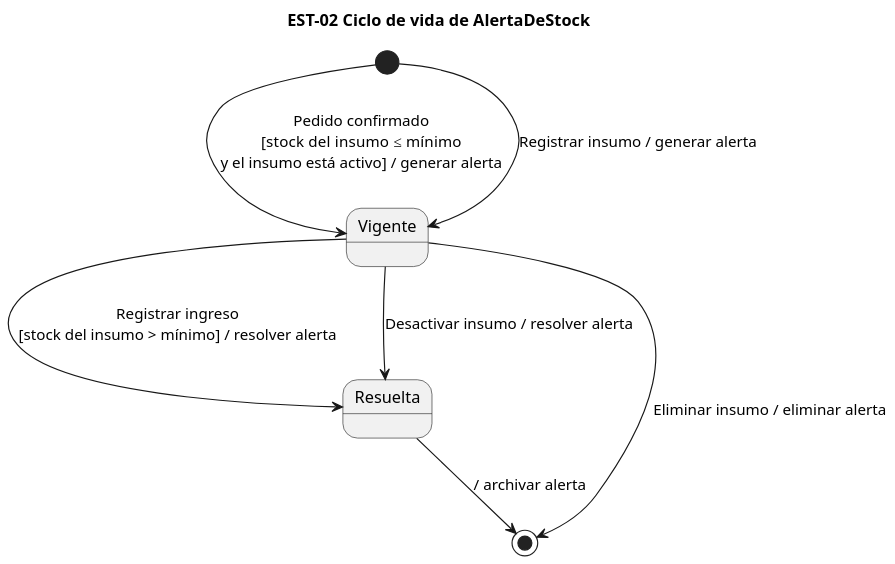
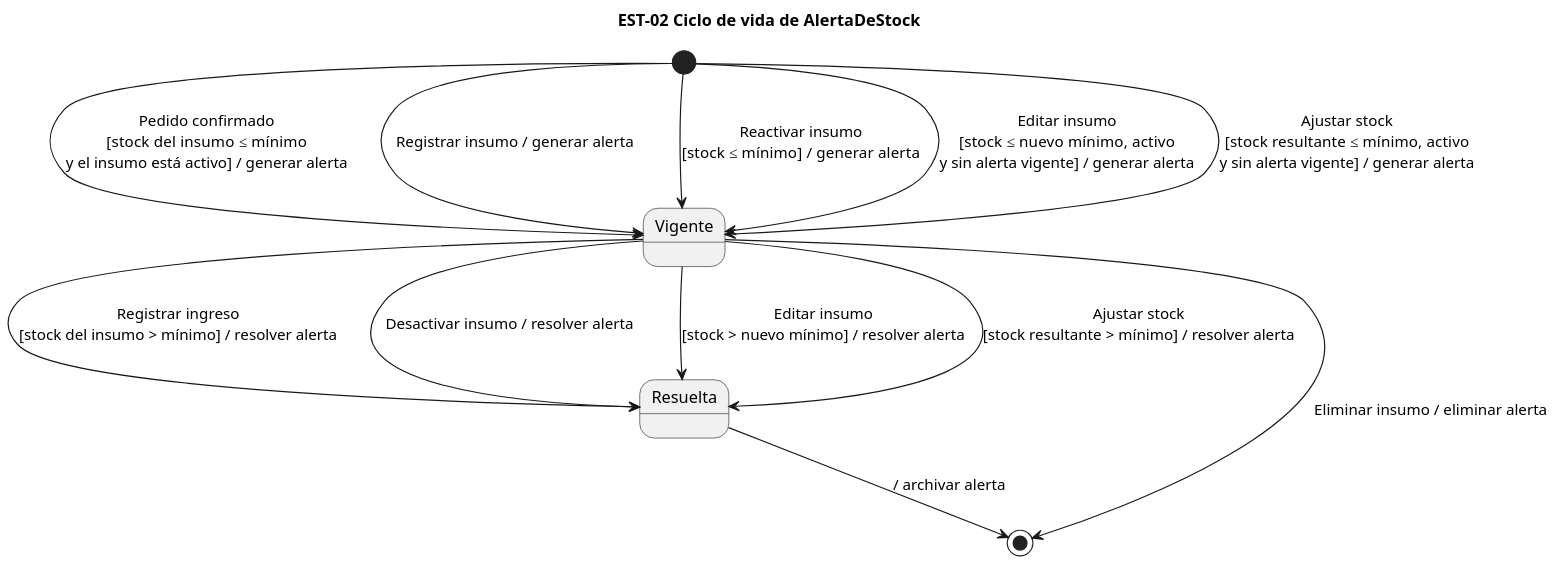
One commit to lambtto/Gestor-Inventario-Brookie changed the diagram in diagramas/est-02.puml. Above: the diagram before and after it, drawn with PlantUML. The commit also changed 21 other files, not shown here.

First line of the commit message:
Validación HU-06: editar/reactivar insumos, nombre y costo CLP, ventana emergente; nueva HU-07 Ajustar stock

```diff
--- a/diagramas/est-02.puml
+++ b/diagramas/est-02.puml
@@ -1,13 +1,18 @@
 @startuml est-02
 title EST-02 Ciclo de vida de AlertaDeStock
 skinparam dpi 140
 state "Vigente" as Vig
 state "Resuelta" as Res
 
 [*] --> Vig : Pedido confirmado\n[stock del insumo ≤ mínimo\ny el insumo está activo] / generar alerta
 [*] --> Vig : Registrar insumo / generar alerta
+[*] --> Vig : Reactivar insumo\n[stock ≤ mínimo] / generar alerta
+[*] --> Vig : Editar insumo\n[stock ≤ nuevo mínimo, activo\ny sin alerta vigente] / generar alerta
+[*] --> Vig : Ajustar stock\n[stock resultante ≤ mínimo, activo\ny sin alerta vigente] / generar alerta
 Vig --> Res : Registrar ingreso\n[stock del insumo > mínimo] / resolver alerta
 Vig --> Res : Desactivar insumo / resolver alerta
+Vig --> Res : Editar insumo\n[stock > nuevo mínimo] / resolver alerta
+Vig --> Res : Ajustar stock\n[stock resultante > mínimo] / resolver alerta
 Vig --> [*] : Eliminar insumo / eliminar alerta
 Res --> [*] : / archivar alerta
 @enduml
```
